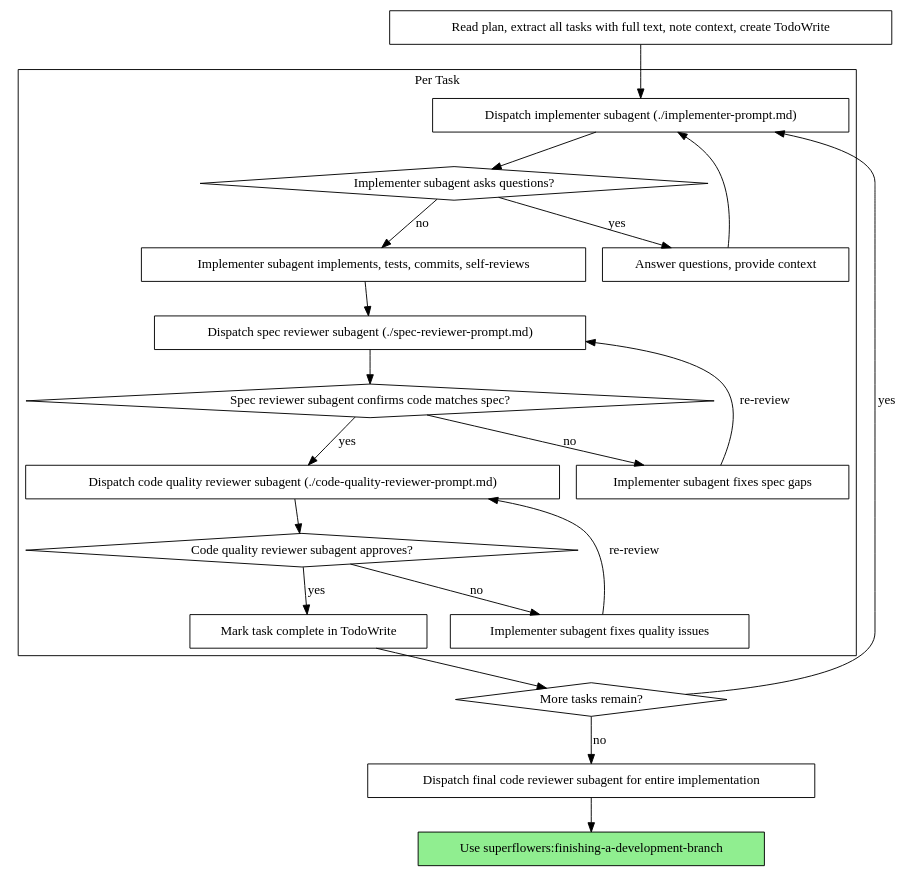
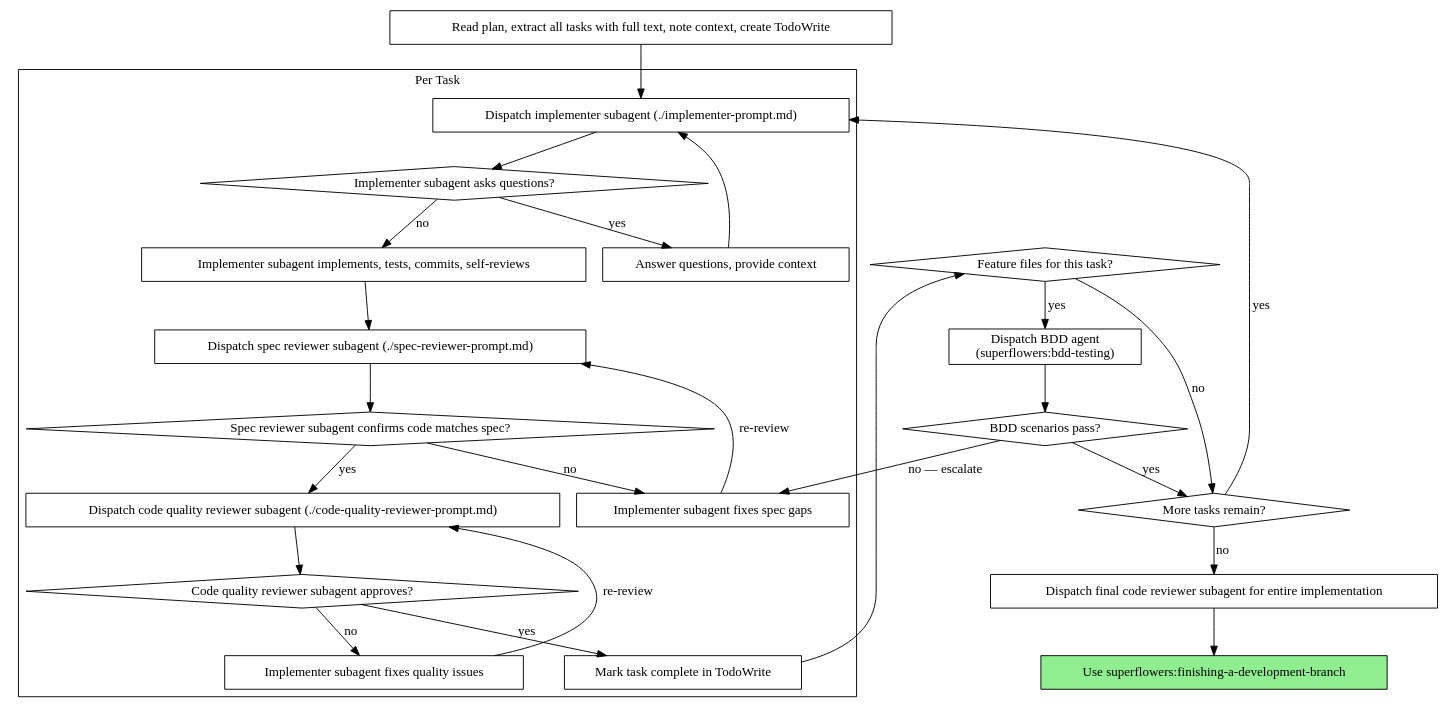
One commit to florian23/superflowers changed the second of 2 diagrams in skills/subagent-driven-development/SKILL.md. Above: the diagram before and after it, drawn with Graphviz. The commit also changed 3 other files, not shown here.

````diff
--- a/skills/subagent-driven-development/SKILL.md
+++ b/skills/subagent-driven-development/SKILL.md
@@ -42,44 +42,53 @@
 ```dot
 digraph process {
     rankdir=TB;
 
     subgraph cluster_per_task {
         label="Per Task";
         "Dispatch implementer subagent (./implementer-prompt.md)" [shape=box];
         "Implementer subagent asks questions?" [shape=diamond];
         "Answer questions, provide context" [shape=box];
         "Implementer subagent implements, tests, commits, self-reviews" [shape=box];
         "Dispatch spec reviewer subagent (./spec-reviewer-prompt.md)" [shape=box];
         "Spec reviewer subagent confirms code matches spec?" [shape=diamond];
         "Implementer subagent fixes spec gaps" [shape=box];
         "Dispatch code quality reviewer subagent (./code-quality-reviewer-prompt.md)" [shape=box];
         "Code quality reviewer subagent approves?" [shape=diamond];
         "Implementer subagent fixes quality issues" [shape=box];
         "Mark task complete in TodoWrite" [shape=box];
     }
 
     "Read plan, extract all tasks with full text, note context, create TodoWrite" [shape=box];
     "More tasks remain?" [shape=diamond];
     "Dispatch final code reviewer subagent for entire implementation" [shape=box];
     "Use superflowers:finishing-a-development-branch" [shape=box style=filled fillcolor=lightgreen];
 
     "Read plan, extract all tasks with full text, note context, create TodoWrite" -> "Dispatch implementer subagent (./implementer-prompt.md)";
     "Dispatch implementer subagent (./implementer-prompt.md)" -> "Implementer subagent asks questions?";
     "Implementer subagent asks questions?" -> "Answer questions, provide context" [label="yes"];
     "Answer questions, provide context" -> "Dispatch implementer subagent (./implementer-prompt.md)";
     "Implementer subagent asks questions?" -> "Implementer subagent implements, tests, commits, self-reviews" [label="no"];
     "Implementer subagent implements, tests, commits, self-reviews" -> "Dispatch spec reviewer subagent (./spec-reviewer-prompt.md)";
     "Dispatch spec reviewer subagent (./spec-reviewer-prompt.md)" -> "Spec reviewer subagent confirms code matches spec?";
     "Spec reviewer subagent confirms code matches spec?" -> "Implementer subagent fixes spec gaps" [label="no"];
     "Implementer subagent fixes spec gaps" -> "Dispatch spec reviewer subagent (./spec-reviewer-prompt.md)" [label="re-review"];
     "Spec reviewer subagent confirms code matches spec?" -> "Dispatch code quality reviewer subagent (./code-quality-reviewer-prompt.md)" [label="yes"];
     "Dispatch code quality reviewer subagent (./code-quality-reviewer-prompt.md)" -> "Code quality reviewer subagent approves?";
     "Code quality reviewer subagent approves?" -> "Implementer subagent fixes quality issues" [label="no"];
     "Implementer subagent fixes quality issues" -> "Dispatch code quality reviewer subagent (./code-quality-reviewer-prompt.md)" [label="re-review"];
     "Code quality reviewer subagent approves?" -> "Mark task complete in TodoWrite" [label="yes"];
-    "Mark task complete in TodoWrite" -> "More tasks remain?";
+    "Feature files for this task?" [shape=diamond];
+    "Dispatch BDD agent\n(superflowers:bdd-testing)" [shape=box];
+    "BDD scenarios pass?" [shape=diamond];
+
+    "Mark task complete in TodoWrite" -> "Feature files for this task?";
+    "Feature files for this task?" -> "Dispatch BDD agent\n(superflowers:bdd-testing)" [label="yes"];
+    "Feature files for this task?" -> "More tasks remain?" [label="no"];
+    "Dispatch BDD agent\n(superflowers:bdd-testing)" -> "BDD scenarios pass?";
+    "BDD scenarios pass?" -> "More tasks remain?" [label="yes"];
+    "BDD scenarios pass?" -> "Implementer subagent fixes spec gaps" [label="no — escalate"];
     "More tasks remain?" -> "Dispatch implementer subagent (./implementer-prompt.md)" [label="yes"];
     "More tasks remain?" -> "Dispatch final code reviewer subagent for entire implementation" [label="no"];
     "Dispatch final code reviewer subagent for entire implementation" -> "Use superflowers:finishing-a-development-branch";
 }
 ```
````
